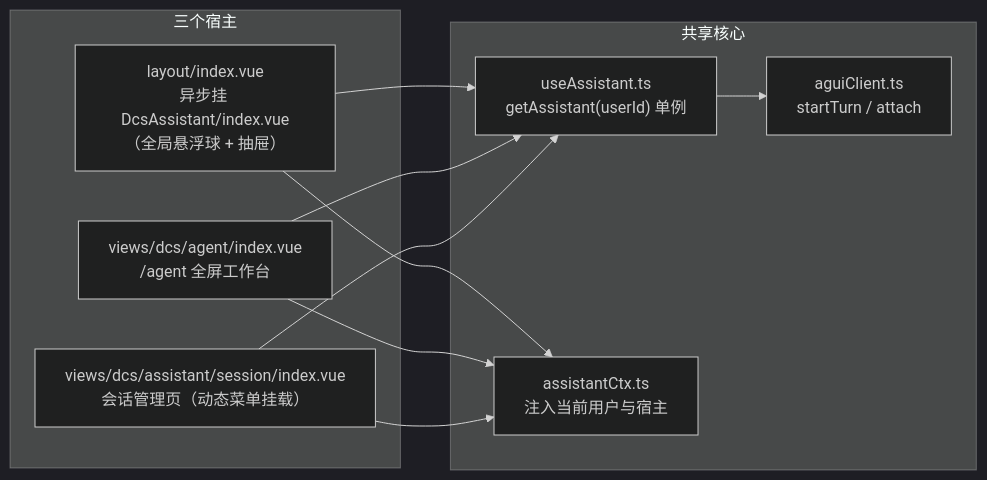
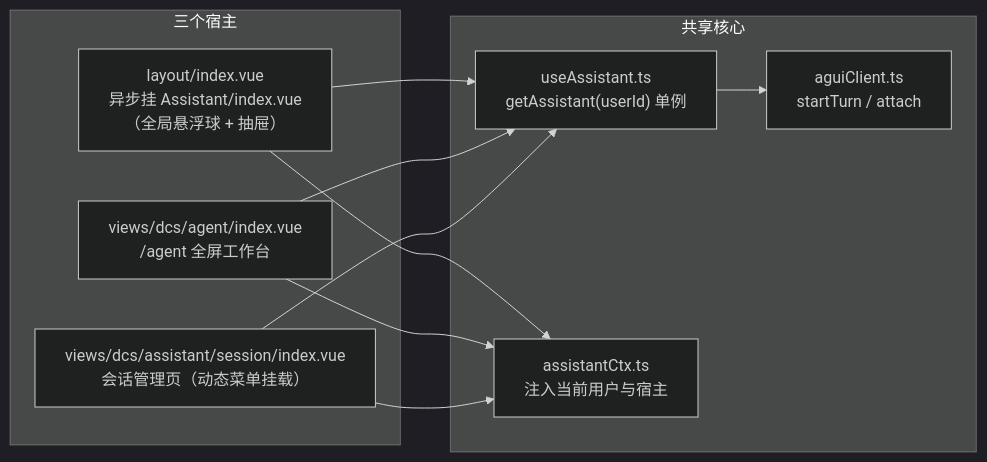
Before and after one commit to ck-ys/SmartDock: the sixth of 9 diagrams in docs/frontend-architecture.md, drawn with Mermaid (dark theme). The commit also changed other lines of this file and 1358 other files, not shown here.

````diff
--- a/docs/frontend-architecture.md
+++ b/docs/frontend-architecture.md
@@ -467,20 +467,20 @@
 ```mermaid
 flowchart LR
   subgraph HOST["三个宿主"]
-    H1["layout/index.vue<br/>异步挂 DcsAssistant/index.vue<br/>（全局悬浮球 + 抽屉）"]
+    H1["layout/index.vue<br/>异步挂 Assistant/index.vue<br/>（全局悬浮球 + 抽屉）"]
     H2["views/dcs/agent/index.vue<br/>/agent 全屏工作台"]
     H3["views/dcs/assistant/session/index.vue<br/>会话管理页（动态菜单挂载）"]
   end
   subgraph CORE["共享核心"]
     U["useAssistant.ts<br/>getAssistant(userId) 单例"]
     C["aguiClient.ts<br/>startTurn / attach"]
     S["assistantCtx.ts<br/>注入当前用户与宿主"]
   end
   H1 --> U
   H2 --> U
   H3 --> U
   U --> C
   H1 --> S
   H2 --> S
   H3 --> S
 ```
````
